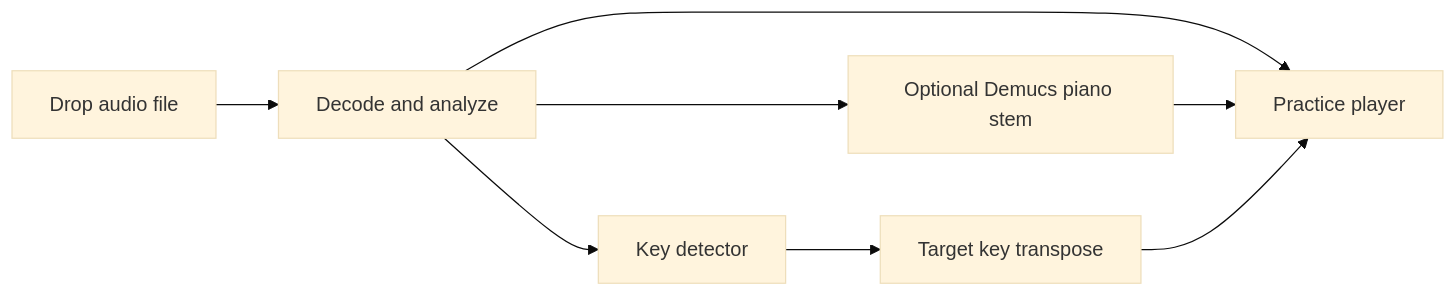
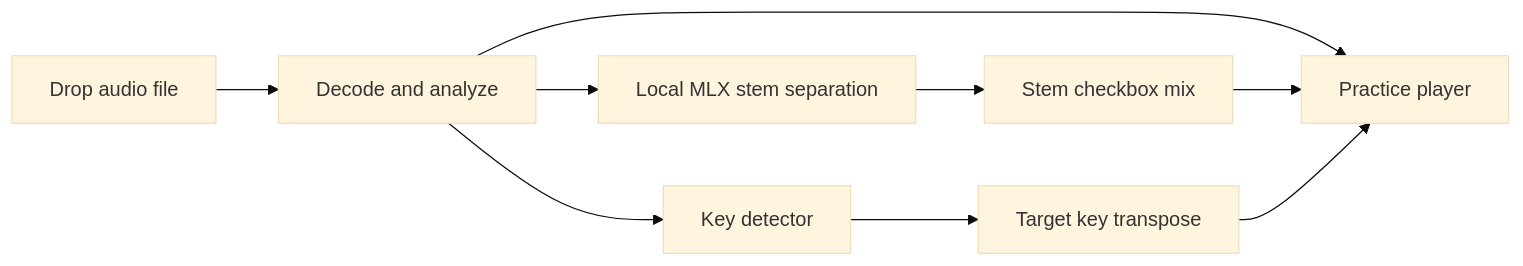
One commit to alexnichols/by-ear changed the diagram in docs/design/transcribee-mac-app.md. Above: the diagram before and after it, drawn with Mermaid (base theme). The commit also changed other lines of this file and 11 other files, not shown here.

Commit message:
feat: use MLX stem selection

````diff
--- a/docs/design/transcribee-mac-app.md
+++ b/docs/design/transcribee-mac-app.md
@@ -7,10 +7,11 @@
 ```mermaid
 flowchart LR
     A["Drop audio file"] --> B["Decode and analyze"]
     B --> C["Practice player"]
     B --> D["Key detector"]
-    B --> E["Optional Demucs piano stem"]
-    E --> C
+    B --> E["Local MLX stem separation"]
+    E --> G["Stem checkbox mix"]
+    G --> C
     D --> F["Target key transpose"]
     F --> C
 ```
````
